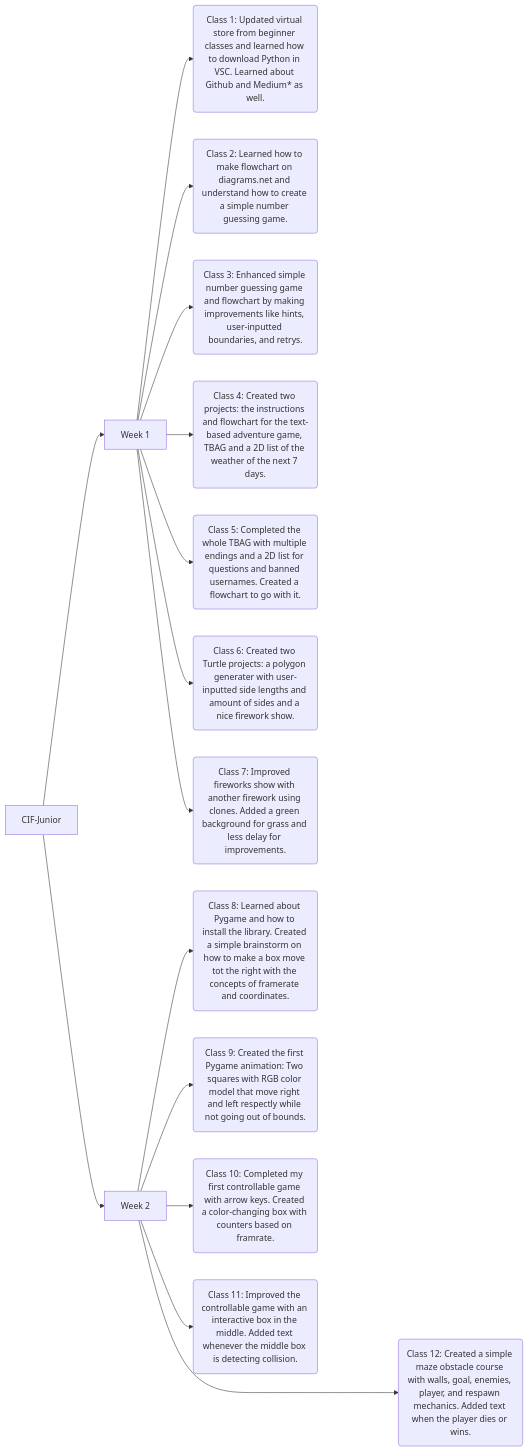
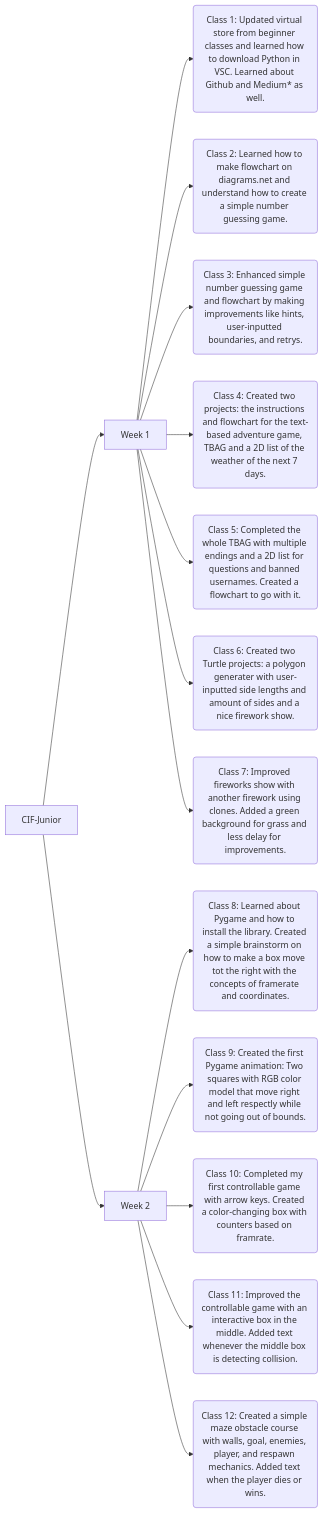
The diagram in README.md (deoclabber/CIF-Junior), drawn with Mermaid before and after one commit.

Commit message:
Fix formatting in Class 12 description

````diff
--- a/README.md
+++ b/README.md
@@ -10,18 +10,18 @@
 ```mermaid
 graph LR;
   A[CIF-Junior] --> B[Week 1];
   A --> C[Week 2];
   B --> F(Class 1: Updated virtual store from beginner classes and learned how to download Python in VSC. Learned about Github and Medium* as well.);
   B --> G(Class 2: Learned how to make flowchart on diagrams.net and understand how to create a simple number guessing game.);
   B --> H(Class 3: Enhanced simple number guessing game and flowchart by making improvements like hints, user-inputted boundaries, and retrys.);
   B --> I(Class 4: Created two projects: the instructions and flowchart for the text-based adventure game, TBAG and a 2D list of the weather of the next 7 days.);
   B --> J(Class 5: Completed the whole TBAG with multiple endings and a 2D list for questions and banned usernames. Created a flowchart to go with it.);
   B --> K(Class 6: Created two Turtle projects: a polygon generater with user-inputted side lengths and amount of sides and a nice firework show.);
   B --> L(Class 7: Improved fireworks show with another firework using clones. Added a green background for grass and less delay for improvements.);
 
   C --> M(Class 8: Learned about Pygame and how to install the library. Created a simple brainstorm on how to make a box move tot the right with the concepts of framerate and coordinates.);
   C --> N(Class 9: Created the first Pygame animation: Two squares with RGB color model that move right and left respectly while not going out of bounds.);
   C --> O(Class 10: Completed my first controllable game with arrow keys. Created a color-changing box with counters based on framrate.);
   C --> Q(Class 11: Improved the controllable game with an interactive box in the middle. Added text whenever the middle box is detecting collision.);
-  C ----->R(Class 12: Created a simple maze obstacle course with walls, goal, enemies, player, and respawn mechanics. Added text when the player dies or wins.);
+  C -->R(Class 12: Created a simple maze obstacle course with walls, goal, enemies, player, and respawn mechanics. Added text when the player dies or wins.);
 ```
````
